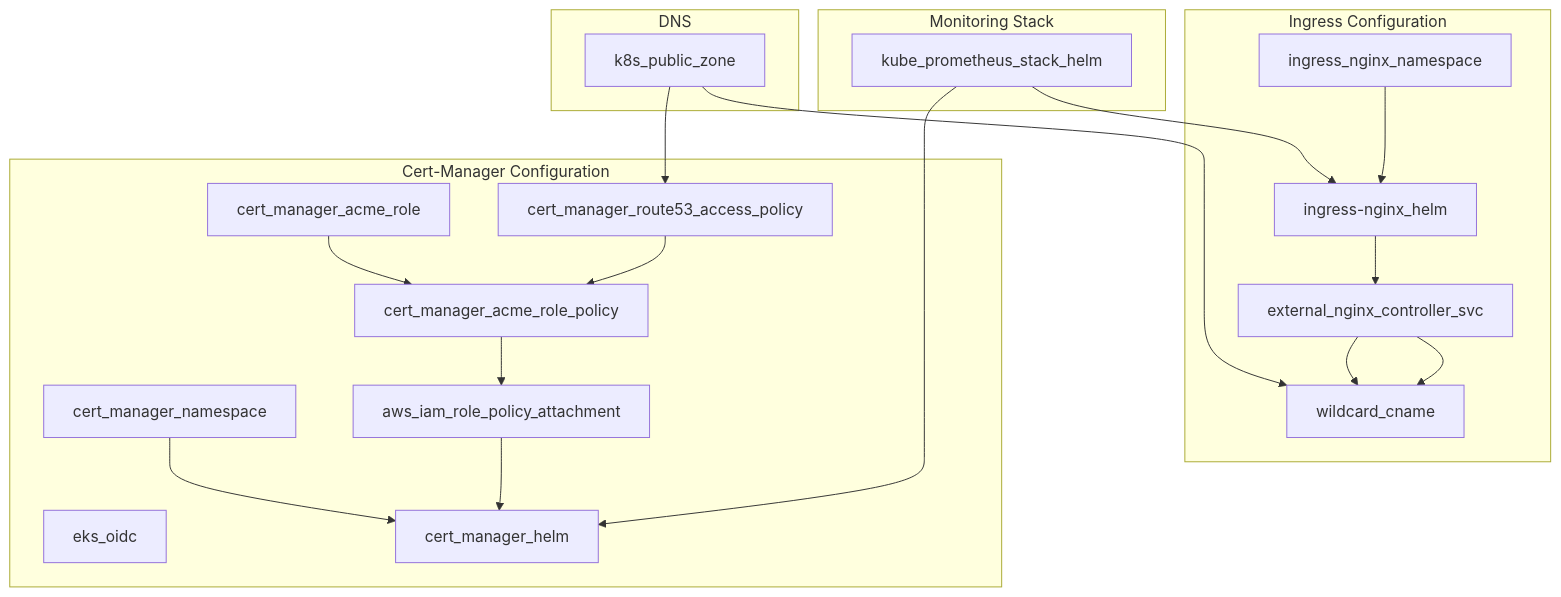
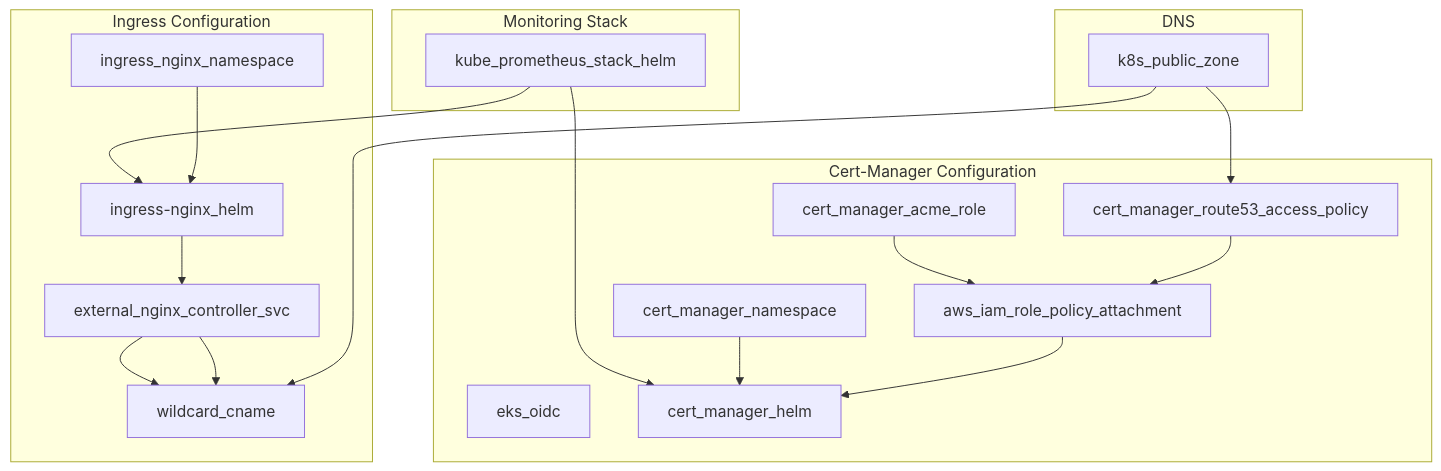
The first of 3 diagrams in blog/2024-04-15-kubernetes/index.md (ZiadMansourM/notes), drawn with Mermaid before and after one commit. The commit also changed other lines of this file and 5 other files, not shown here.

````diff
--- a/blog/2024-04-15-kubernetes/index.md
+++ b/blog/2024-04-15-kubernetes/index.md
@@ -1081,25 +1089,25 @@
 ```mermaid
 graph TD
   subgraph "Monitoring Stack"
   kube_prometheus_stack_helm
   end
 
   subgraph "DNS"
   k8s_public_zone
   end
 
   subgraph "Ingress Configuration"
   ingress_nginx_namespace
   kube_prometheus_stack_helm & ingress_nginx_namespace --> ingress-nginx_helm --> external_nginx_controller_svc --> wildcard_cname
   external_nginx_controller_svc & k8s_public_zone --> wildcard_cname
   end
 
   subgraph "Cert-Manager Configuration"
   eks_oidc
   cert_manager_namespace
   cert_manager_acme_role
   k8s_public_zone --> cert_manager_route53_access_policy
-  cert_manager_acme_role & cert_manager_route53_access_policy --> cert_manager_acme_role_policy --> aws_iam_role_policy_attachment
+  cert_manager_acme_role & cert_manager_route53_access_policy --> aws_iam_role_policy_attachment
   kube_prometheus_stack_helm & cert_manager_namespace & aws_iam_role_policy_attachment --> cert_manager_helm
   end
 ```
````
